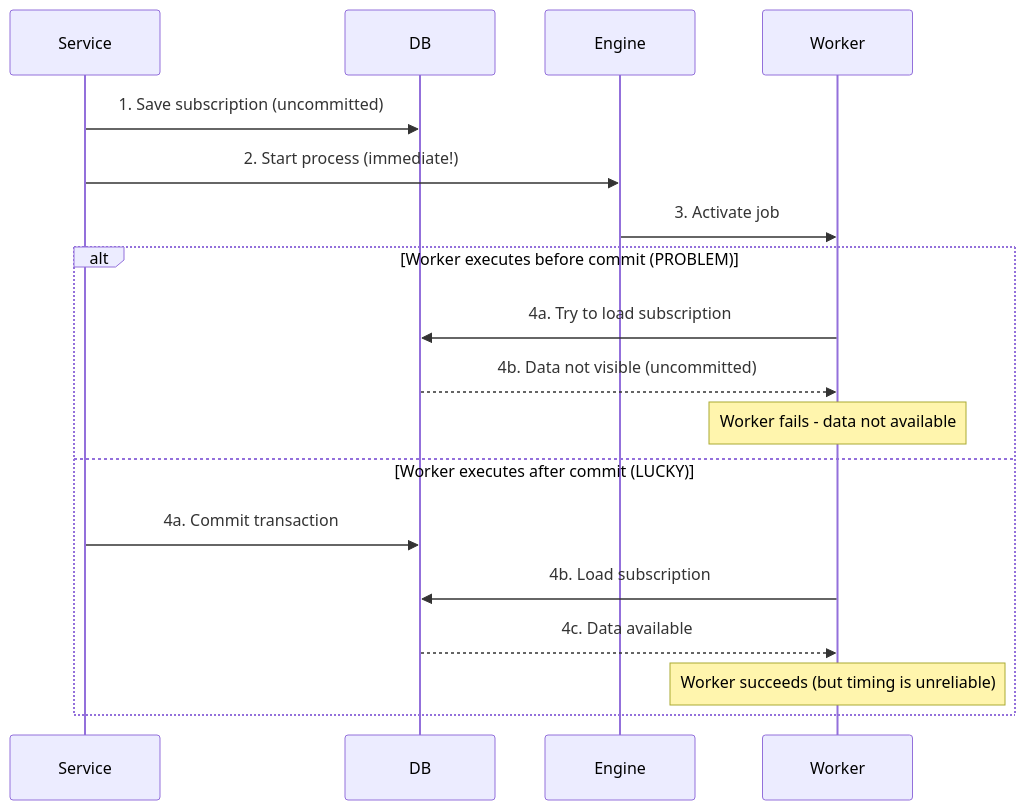
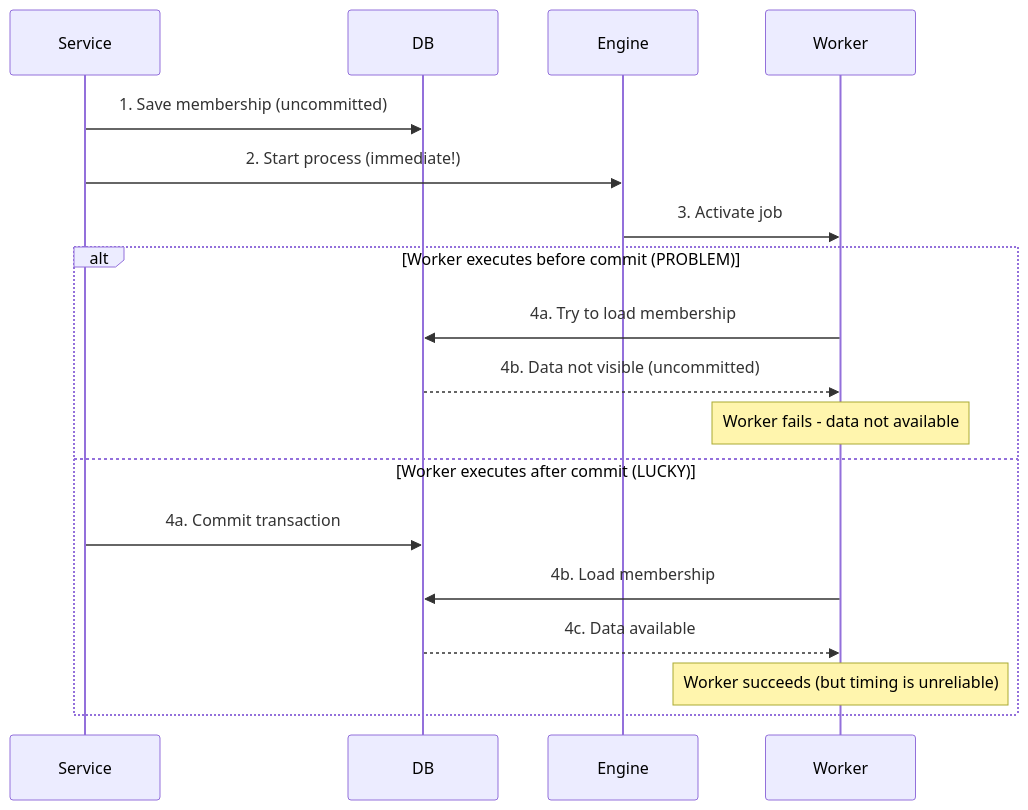
Before and after one commit to emaarco/distributed-horcruxes: the diagram in examples/base-scenario/README.md, drawn with Mermaid. The commit also changed other lines of this file and 512 other files, not shown here.

````diff
--- a/examples/base-scenario/README.md
+++ b/examples/base-scenario/README.md
@@ -140,22 +139,22 @@
 ```mermaid
 sequenceDiagram
     participant Service
     participant DB
     participant Engine
     participant Worker
 
-    Service ->> DB: 1. Save subscription (uncommitted)
+    Service ->> DB: 1. Save membership (uncommitted)
     Service ->> Engine: 2. Start process (immediate!)
     Engine ->> Worker: 3. Activate job
 
     alt Worker executes before commit (PROBLEM)
-        Worker ->> DB: 4a. Try to load subscription
+        Worker ->> DB: 4a. Try to load membership
         DB -->> Worker: 4b. Data not visible (uncommitted)
         Note over Worker: Worker fails - data not available
     else Worker executes after commit (LUCKY)
         Service ->> DB: 4a. Commit transaction
-        Worker ->> DB: 4b. Load subscription
+        Worker ->> DB: 4b. Load membership
         DB -->> Worker: 4c. Data available
         Note over Worker: Worker succeeds (but timing is unreliable)
     end
 ```
````
